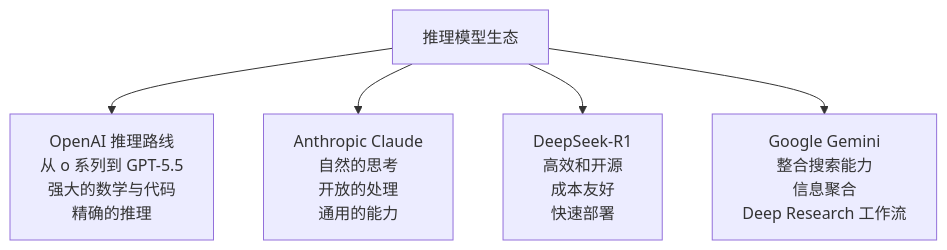
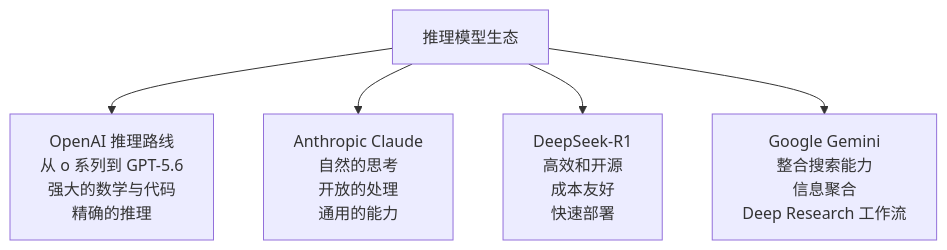
The first of 9 diagrams in 07_reasoning_models/7.4_major_reasoning_models.md (changsongyang/ai_beginner_guide), drawn with Mermaid before and after one commit. The commit also changed other lines of this file and 3 other files, not shown here.

First line of the commit message:
docs: OpenAI 侧的现役表述跟进到 GPT-5.6，并去掉两处正文日期戳

````diff
--- a/07_reasoning_models/7.4_major_reasoning_models.md
+++ b/07_reasoning_models/7.4_major_reasoning_models.md
@@ -11,14 +11,14 @@
 ```mermaid
 graph TD
-    A["OpenAI 推理路线<br/>从 o 系列到 GPT-5.5<br/>强大的数学与代码<br/>精确的推理"]
+    A["OpenAI 推理路线<br/>从 o 系列到 GPT-5.6<br/>强大的数学与代码<br/>精确的推理"]
     B["Anthropic Claude<br/>自然的思考<br/>开放的处理<br/>通用的能力"]
     C["DeepSeek-R1<br/>高效和开源<br/>成本友好<br/>快速部署"]
     D["Google Gemini<br/>整合搜索能力<br/>信息聚合<br/>Deep Research 工作流"]
 
     E["推理模型生态"]
 
     E --> A
     E --> B
     E --> C
     E --> D
 ```
````
